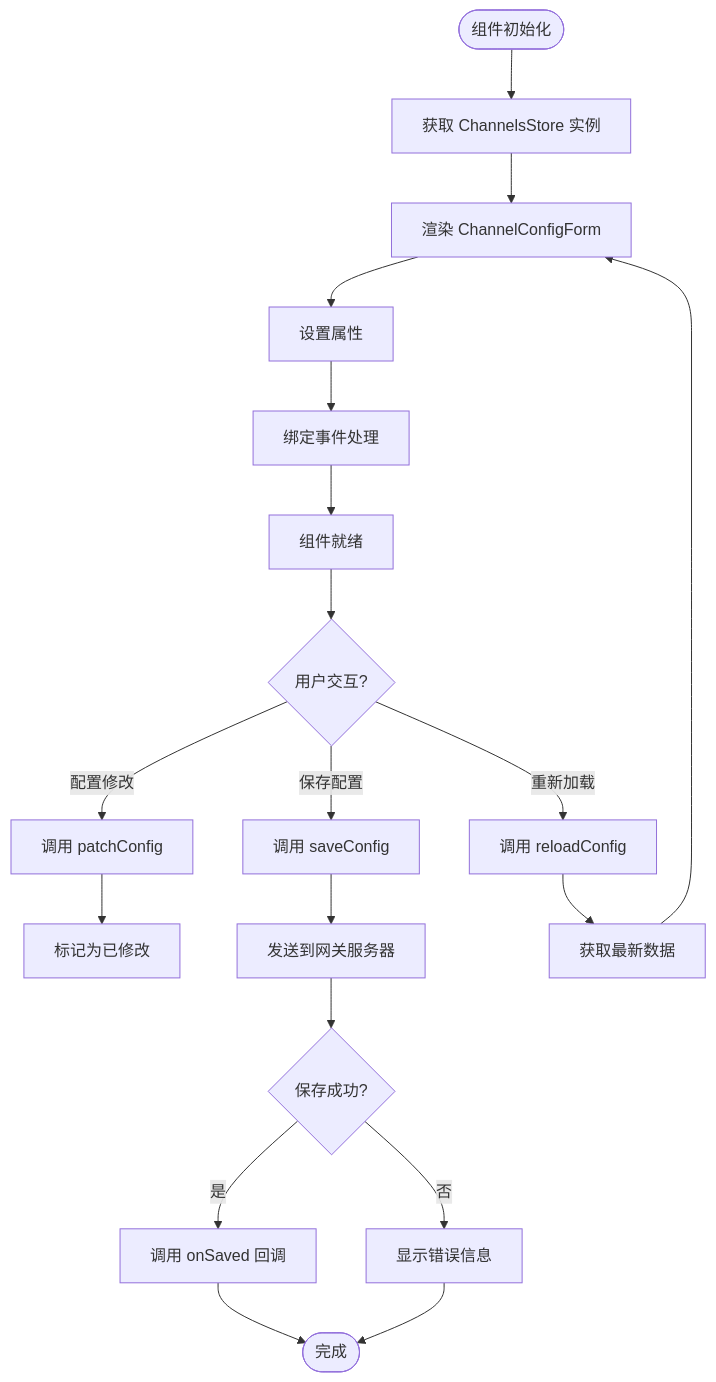
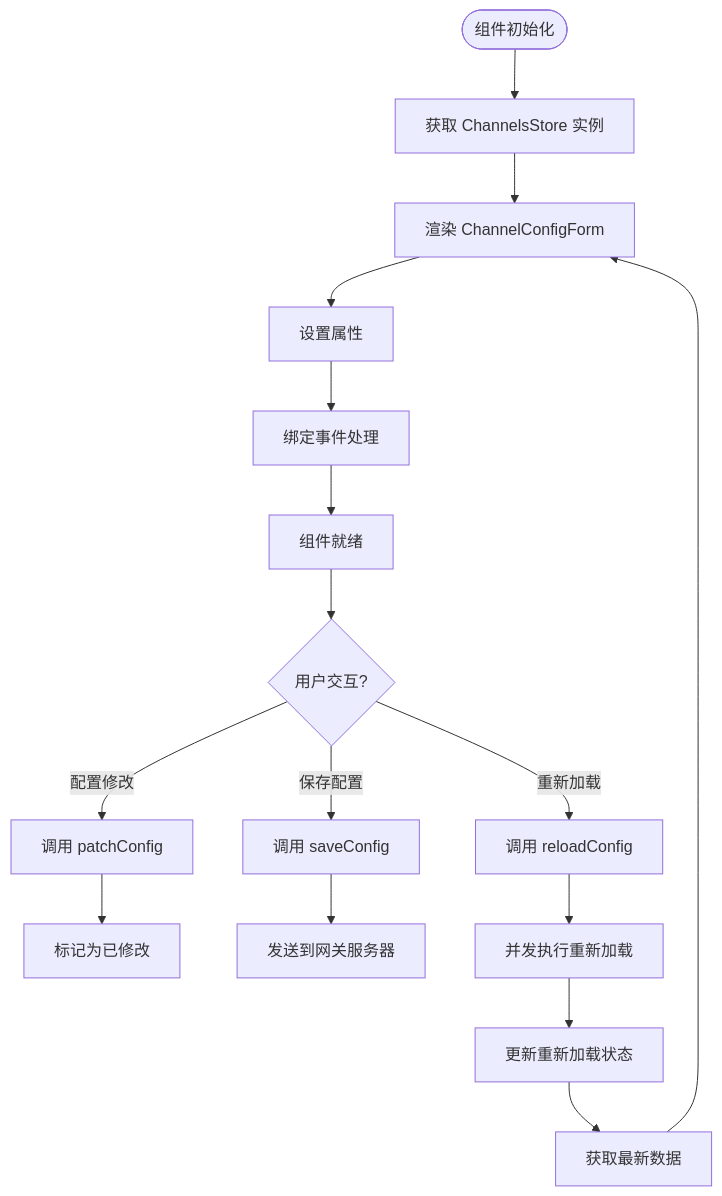
One commit to verse-ai-org/openclaw changed the fourth of 8 diagrams in .qoder/repowiki/zh/content/Web界面/UI组件系统/绑定通道配置表单.md. Above: the diagram before and after it, drawn with Mermaid. The commit also changed other lines of this file and 86 other files, not shown here.

````diff
--- a/.qoder/repowiki/zh/content/Web界面/UI组件系统/绑定通道配置表单.md
+++ b/.qoder/repowiki/zh/content/Web界面/UI组件系统/绑定通道配置表单.md
@@ -194,21 +208,18 @@
 ```mermaid
 flowchart TD
 Start([组件初始化]) --> GetStore[获取 ChannelsStore 实例]
 GetStore --> RenderForm[渲染 ChannelConfigForm]
 RenderForm --> SetProps[设置属性]
 SetProps --> BindEvents[绑定事件处理]
 BindEvents --> Ready[组件就绪]
 Ready --> UserInteraction{用户交互?}
 UserInteraction --> |配置修改| PatchConfig[调用 patchConfig]
 UserInteraction --> |保存配置| SaveConfig[调用 saveConfig]
 UserInteraction --> |重新加载| ReloadConfig[调用 reloadConfig]
 PatchConfig --> UpdateDirty[标记为已修改]
 SaveConfig --> SendToGateway[发送到网关服务器]
-ReloadConfig --> FetchFreshData[获取最新数据]
-SendToGateway --> Success{保存成功?}
-Success --> |是| CallOnSaved[调用 onSaved 回调]
-Success --> |否| ShowError[显示错误信息]
-CallOnSaved --> End([完成])
-ShowError --> End
+ReloadConfig --> ConcurrentLoad[并发执行重新加载]
+ConcurrentLoad --> UpdateReloading[更新重新加载状态]
+UpdateReloading --> FetchFreshData[获取最新数据]
 FetchFreshData --> RenderForm
 ```
````
